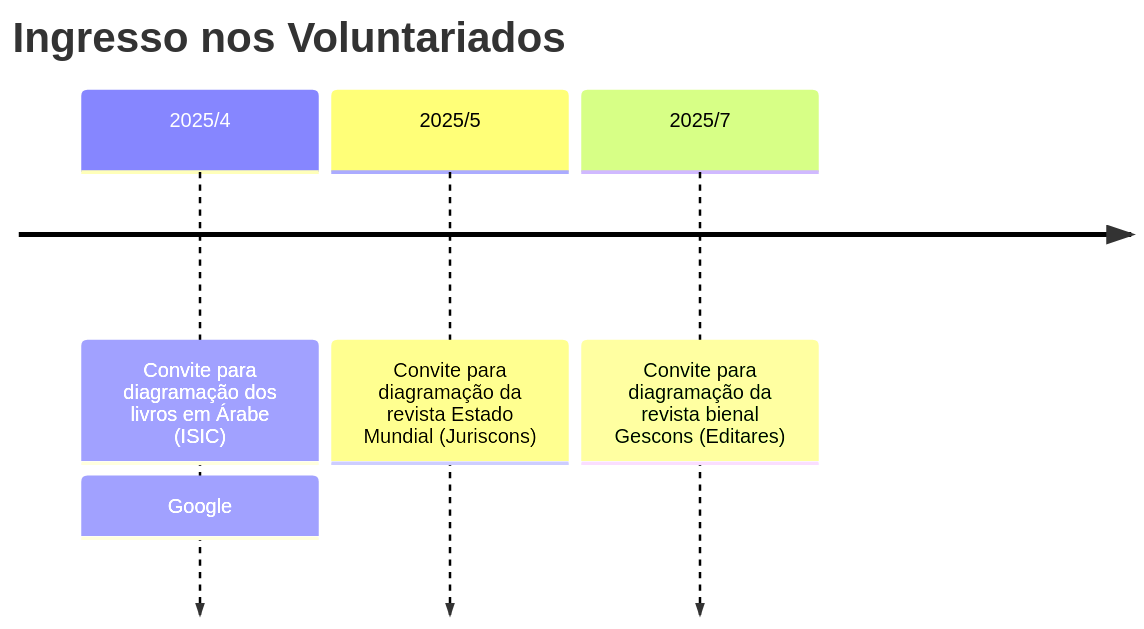
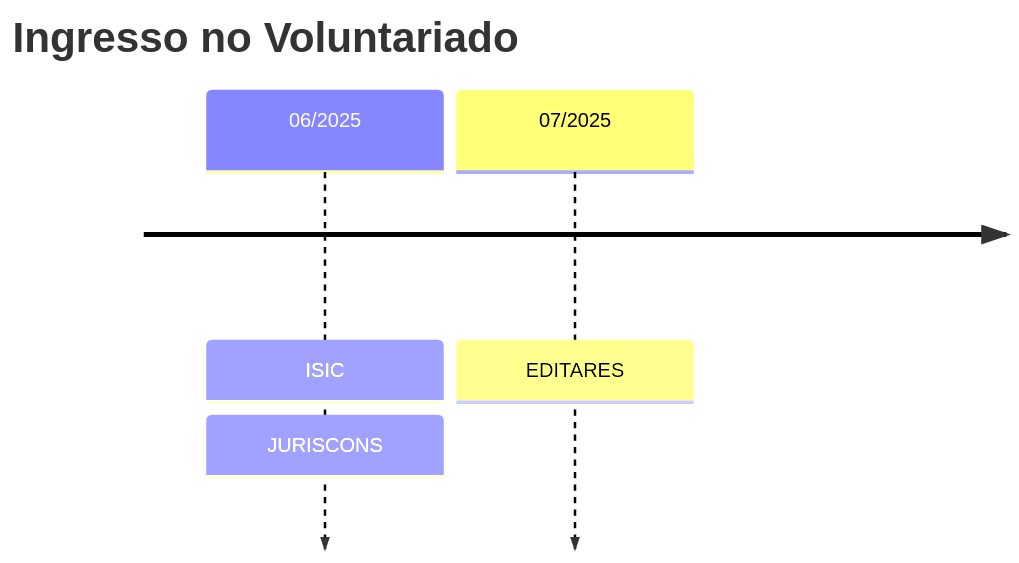
Before and after one commit to edusantana/autopesquisa-voluntariado-relatorio-2025: the diagram in index.qmd, drawn with Mermaid. The commit also changed other lines of this file and 9 other files, not shown here.

````diff
--- a/index.qmd
+++ b/index.qmd
@@ -69,8 +159,7 @@
 ```{mermaid}
 timeline
-    title Ingresso nos Voluntariados
-    2025/4 : Convite para diagramação dos livros em Árabe (ISIC)
-         : Google
-    2025/5 : Convite para diagramação da revista Estado Mundial (Juriscons)
-    2025/7 : Convite para diagramação da revista bienal Gescons (Editares)
+    title Ingresso no Voluntariado
+    06/2025 : ISIC
+            : JURISCONS
+    07/2025 : EDITARES
 ```
````
